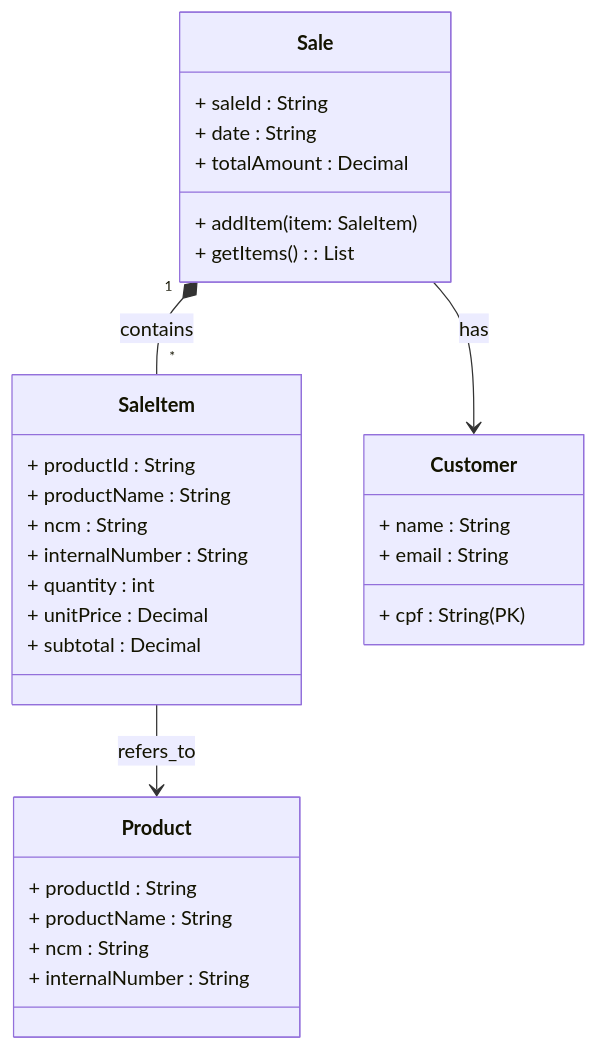
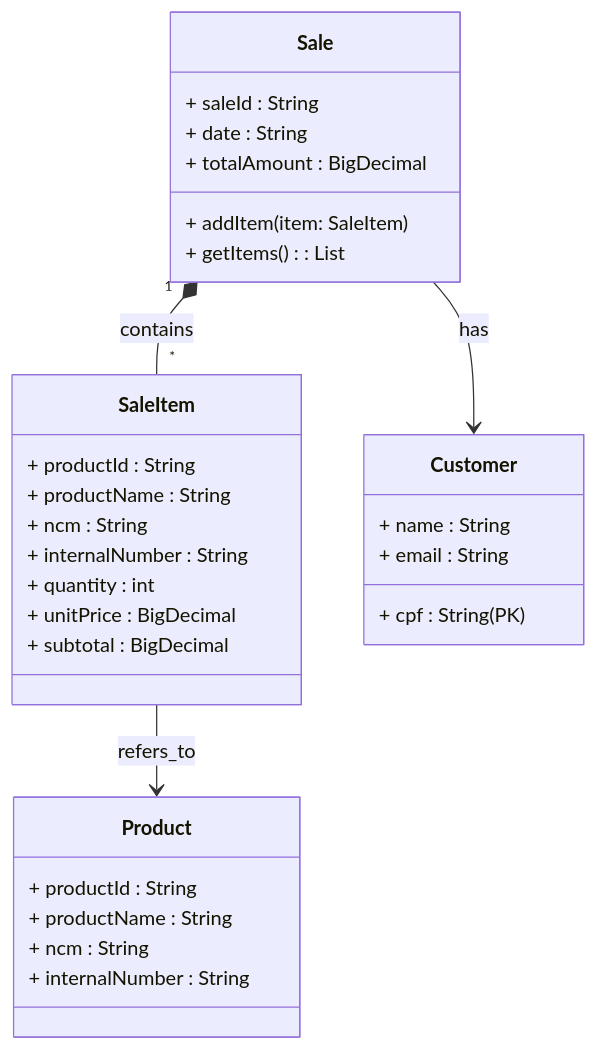
Before and after one commit to MaikoDuarte/MTP-POS: the diagram in README.md, drawn with Mermaid.

````diff
--- a/README.md
+++ b/README.md
@@ -6,38 +6,38 @@
 ```mermaid
 classDiagram
     class Sale {
         + saleId : String
         + date : String
-        + totalAmount : Decimal
+        + totalAmount : BigDecimal
         + addItem(item: SaleItem)
         + getItems() : List<SaleItem>
     }
 
     class SaleItem {
         + productId : String
         + productName : String
         + ncm : String
         + internalNumber : String
         + quantity : int
-        + unitPrice : Decimal
-        + subtotal : Decimal
+        + unitPrice : BigDecimal
+        + subtotal : BigDecimal
     }
 
     class Customer {
         + cpf : String (PK)
         + name : String
         + email : String
     }
 
     class Product {
         + productId : String
         + productName : String
         + ncm : String
         + internalNumber : String
     }
 
     Sale "1" *-- "*" SaleItem : contains
     SaleItem --> Product : refers_to
     Sale --> Customer : has
 
 ```
````
